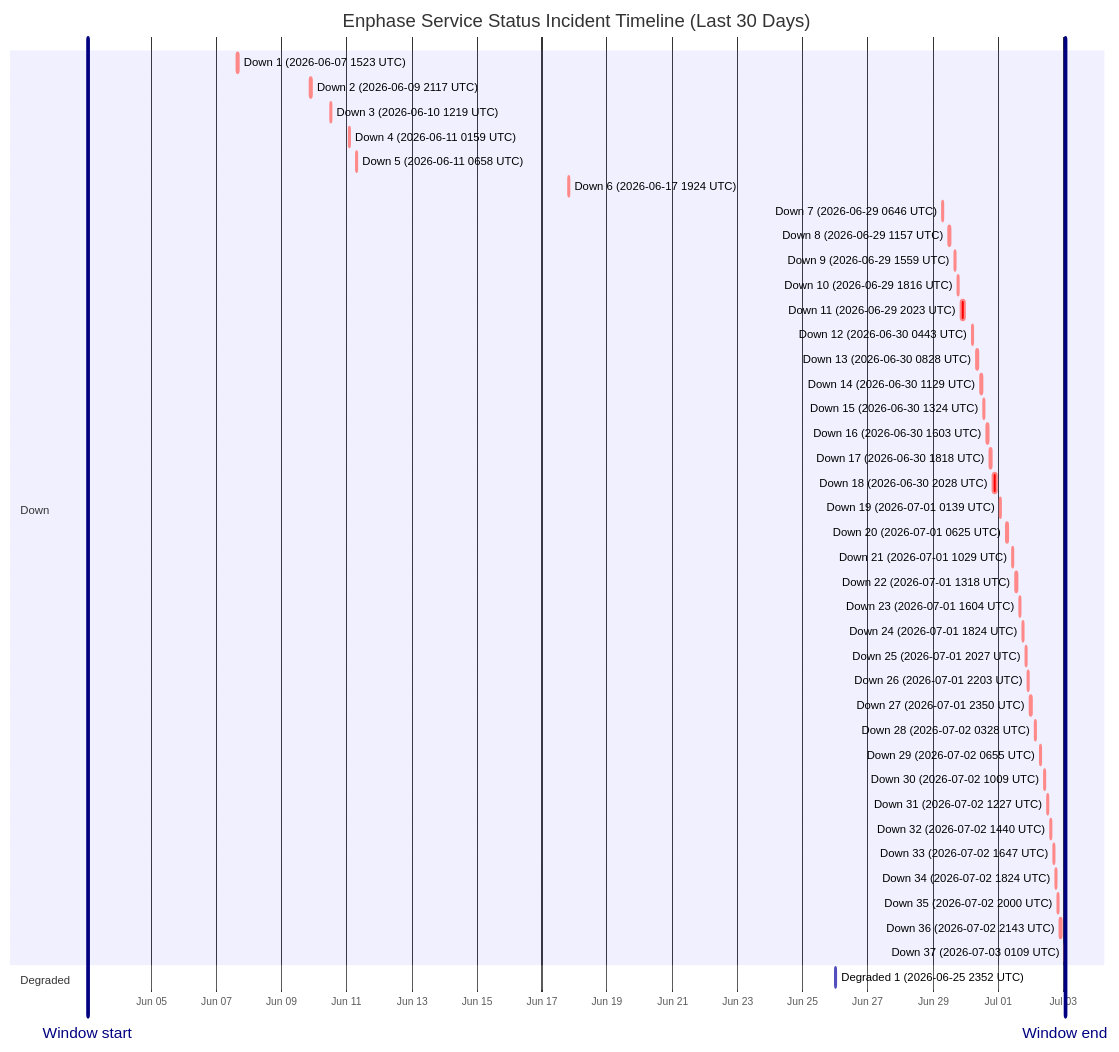
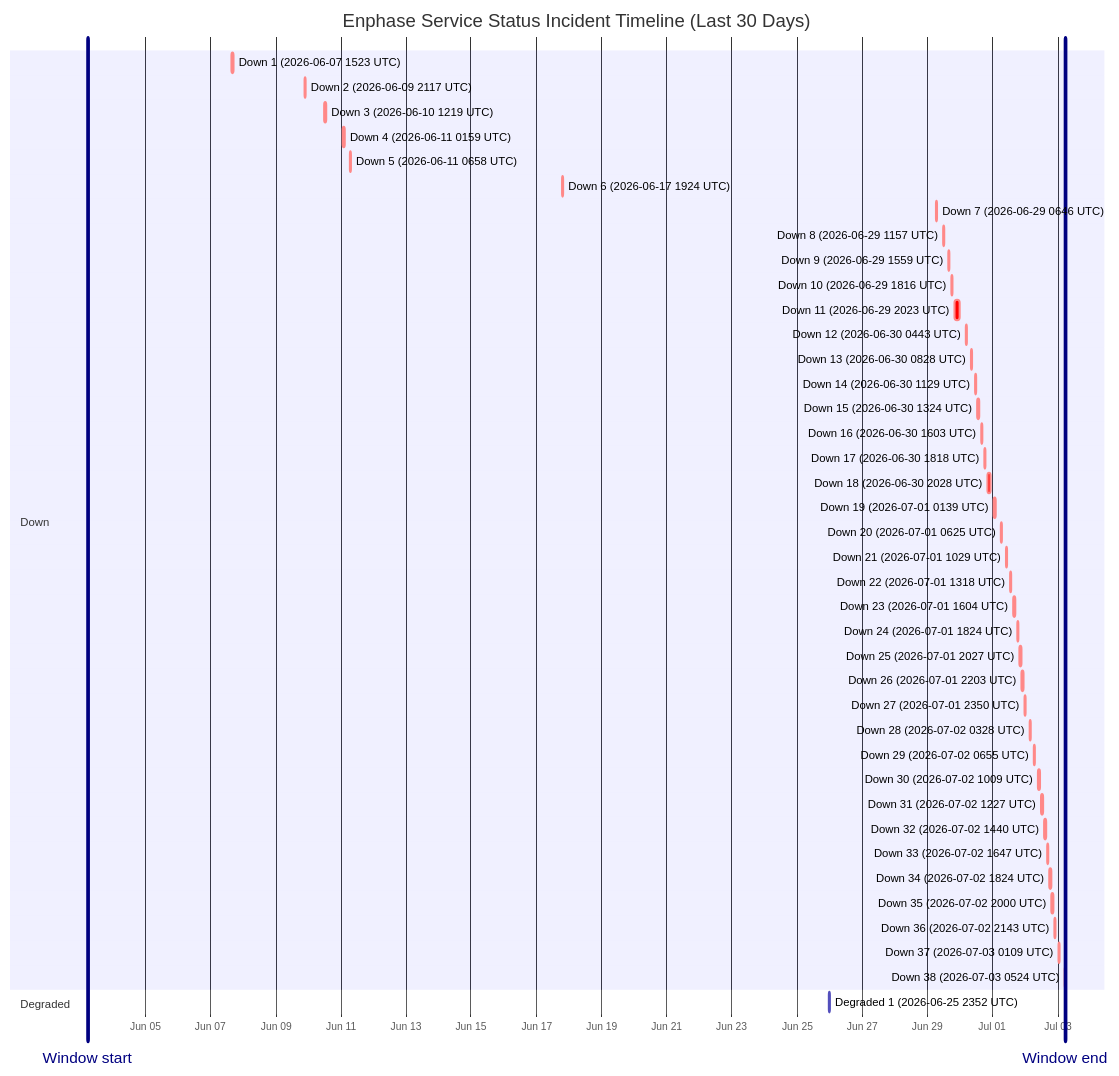
The diagram in wiki/Service-Status-History.md (barneyonline/ha-enphase-energy), drawn with Mermaid before and after one commit. The commit also changed other lines of this file and 3 other files, not shown here.

````diff
--- a/wiki/Service-Status-History.md
+++ b/wiki/Service-Status-History.md
@@ -14,48 +14,49 @@
 ```mermaid
 gantt
     title Enphase Service Status Incident Timeline (Last 30 Days)
     dateFormat  YYYY-MM-DDTHH:mm:ss
     axisFormat  %b %d
-    Window start :vert, window-start, 2026-06-03T01:09:19, 0ms
-    Window end :vert, window-end, 2026-07-03T01:09:19, 0ms
+    Window start :vert, window-start, 2026-06-03T05:24:23, 0ms
+    Window end :vert, window-end, 2026-07-03T05:24:23, 0ms
     section Down
     Down 1 (2026-06-07 1523 UTC) :crit, down-1, 2026-06-07T15:23:22, 87m
     Down 2 (2026-06-09 2117 UTC) :crit, down-2, 2026-06-09T21:17:17, 60m
     Down 3 (2026-06-10 1219 UTC) :crit, down-3, 2026-06-10T12:19:21, 60m
     Down 4 (2026-06-11 0159 UTC) :crit, down-4, 2026-06-11T01:59:36, 60m
     Down 5 (2026-06-11 0658 UTC) :crit, down-5, 2026-06-11T06:58:45, 60m
     Down 6 (2026-06-17 1924 UTC) :crit, down-6, 2026-06-17T19:24:51, 60m
     Down 7 (2026-06-29 0646 UTC) :crit, down-7, 2026-06-29T06:46:18, 60m
     Down 8 (2026-06-29 1157 UTC) :crit, down-8, 2026-06-29T11:57:36, 60m
     Down 9 (2026-06-29 1559 UTC) :crit, down-9, 2026-06-29T15:59:02, 60m
     Down 10 (2026-06-29 1816 UTC) :crit, down-10, 2026-06-29T18:16:38, 60m
     Down 11 (2026-06-29 2023 UTC) :crit, down-11, 2026-06-29T20:23:16, 220m
     Down 12 (2026-06-30 0443 UTC) :crit, down-12, 2026-06-30T04:43:54, 60m
     Down 13 (2026-06-30 0828 UTC) :crit, down-13, 2026-06-30T08:28:43, 60m
     Down 14 (2026-06-30 1129 UTC) :crit, down-14, 2026-06-30T11:29:15, 60m
     Down 15 (2026-06-30 1324 UTC) :crit, down-15, 2026-06-30T13:24:25, 60m
     Down 16 (2026-06-30 1603 UTC) :crit, down-16, 2026-06-30T16:03:26, 60m
     Down 17 (2026-06-30 1818 UTC) :crit, down-17, 2026-06-30T18:18:39, 60m
     Down 18 (2026-06-30 2028 UTC) :crit, down-18, 2026-06-30T20:28:54, 171m
     Down 19 (2026-07-01 0139 UTC) :crit, down-19, 2026-07-01T01:39:18, 60m
     Down 20 (2026-07-01 0625 UTC) :crit, down-20, 2026-07-01T06:25:35, 60m
     Down 21 (2026-07-01 1029 UTC) :crit, down-21, 2026-07-01T10:29:24, 60m
     Down 22 (2026-07-01 1318 UTC) :crit, down-22, 2026-07-01T13:18:31, 60m
     Down 23 (2026-07-01 1604 UTC) :crit, down-23, 2026-07-01T16:04:29, 60m
     Down 24 (2026-07-01 1824 UTC) :crit, down-24, 2026-07-01T18:24:21, 60m
     Down 25 (2026-07-01 2027 UTC) :crit, down-25, 2026-07-01T20:27:17, 60m
     Down 26 (2026-07-01 2203 UTC) :crit, down-26, 2026-07-01T22:03:46, 60m
     Down 27 (2026-07-01 2350 UTC) :crit, down-27, 2026-07-01T23:50:52, 60m
     Down 28 (2026-07-02 0328 UTC) :crit, down-28, 2026-07-02T03:28:33, 60m
     Down 29 (2026-07-02 0655 UTC) :crit, down-29, 2026-07-02T06:55:07, 60m
     Down 30 (2026-07-02 1009 UTC) :crit, down-30, 2026-07-02T10:09:15, 60m
     Down 31 (2026-07-02 1227 UTC) :crit, down-31, 2026-07-02T12:27:49, 60m
     Down 32 (2026-07-02 1440 UTC) :crit, down-32, 2026-07-02T14:40:53, 60m
     Down 33 (2026-07-02 1647 UTC) :crit, down-33, 2026-07-02T16:47:47, 60m
     Down 34 (2026-07-02 1824 UTC) :crit, down-34, 2026-07-02T18:24:26, 60m
     Down 35 (2026-07-02 2000 UTC) :crit, down-35, 2026-07-02T20:00:57, 60m
     Down 36 (2026-07-02 2143 UTC) :crit, down-36, 2026-07-02T21:43:52, 80m
     Down 37 (2026-07-03 0109 UTC) :crit, down-37, 2026-07-03T01:09:19, 60m
+    Down 38 (2026-07-03 0524 UTC) :crit, down-38, 2026-07-03T05:24:23, 60m
     section Degraded
     Degraded 1 (2026-06-25 2352 UTC) :active, degraded-1, 2026-06-25T23:52:01, 60m
 ```
````
